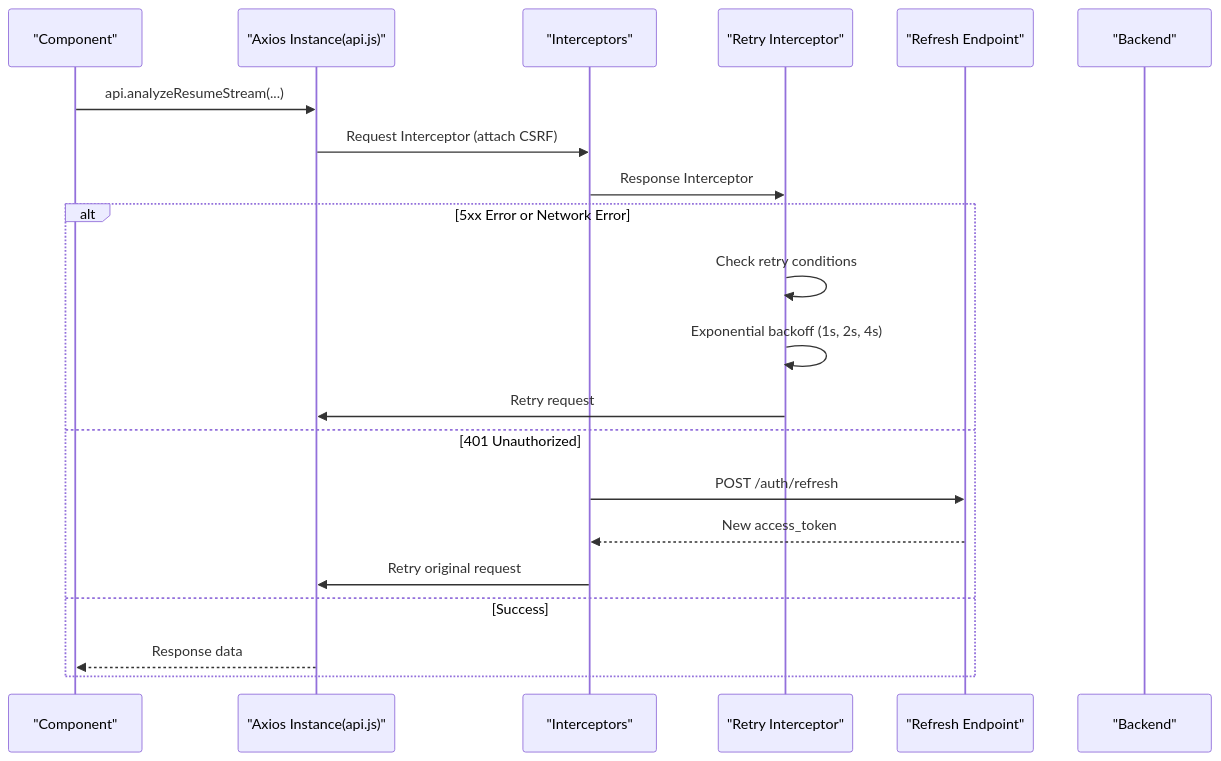
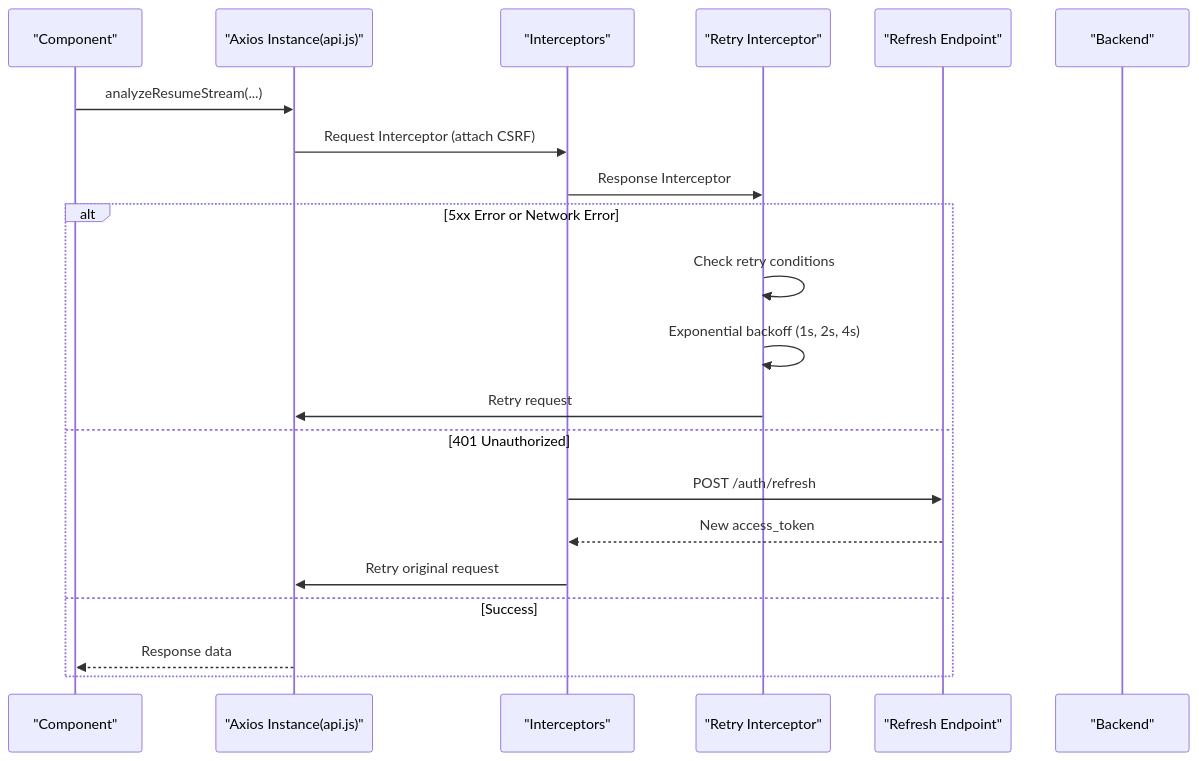
Before and after one commit to Revanththetalogics/aireume: diagram 12 of 22 in .qoder/repowiki/en/content/Frontend Architecture/Frontend Architecture.md, drawn with Mermaid. The commit also changed other lines of this file and 20 other files, not shown here.

````diff
--- a/.qoder/repowiki/en/content/Frontend Architecture/Frontend Architecture.md
+++ b/.qoder/repowiki/en/content/Frontend Architecture/Frontend Architecture.md
@@ -280,23 +552,23 @@
 ```mermaid
 sequenceDiagram
 participant C as "Component"
 participant AX as "Axios Instance(api.js)"
 participant INT as "Interceptors"
 participant RET as "Retry Interceptor"
 participant REF as "Refresh Endpoint"
 participant BE as "Backend"
-C->>AX : api.analyzeResumeStream(...)
+C->>AX : analyzeResumeStream(...)
 AX->>INT : Request Interceptor (attach CSRF)
 INT->>RET : Response Interceptor
 alt 5xx Error or Network Error
 RET->>RET : Check retry conditions
 RET->>RET : Exponential backoff (1s, 2s, 4s)
 RET->>AX : Retry request
 else 401 Unauthorized
 INT->>REF : POST /auth/refresh
 REF-->>INT : New access_token
 INT->>AX : Retry original request
 else Success
 AX-->>C : Response data
 end
 ```
````
